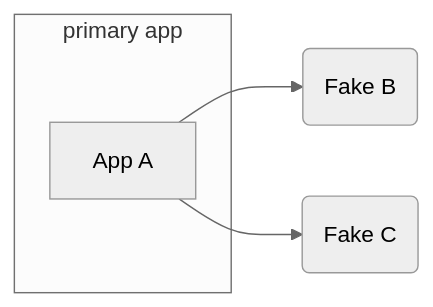
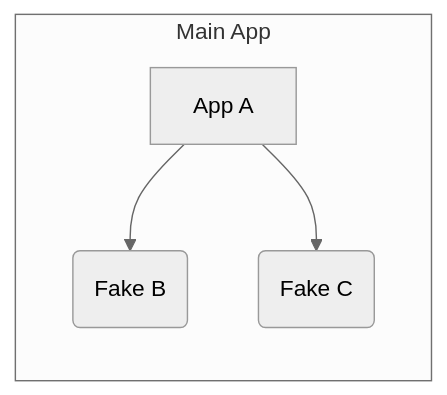
Before and after one commit to smudge/decks: the sixth of 7 diagrams in railsconf-2022/slides.md, drawn with Mermaid (neutral theme). The commit also changed other lines of this file and 2 other files, not shown here.

````diff
--- a/railsconf-2022/slides.md
+++ b/railsconf-2022/slides.md
@@ -809,9 +832,9 @@
 ```mermaid
 graph LR
 
 A[App A] --> B(Fake B) & C(Fake C)
 
-subgraph primary app
-A
+subgraph Main App
+A & B & C
 end
 ```
````
